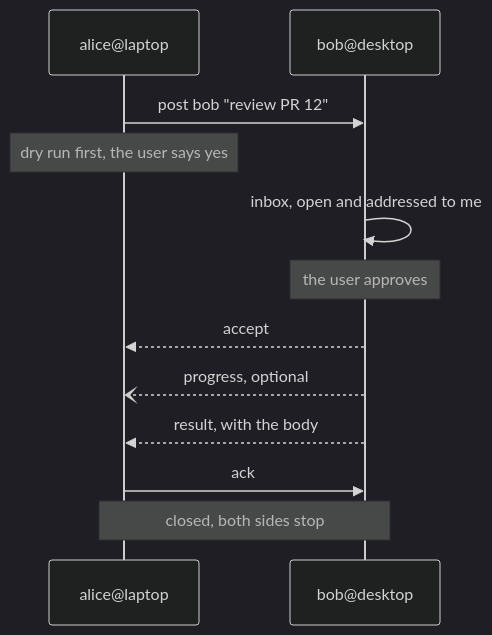
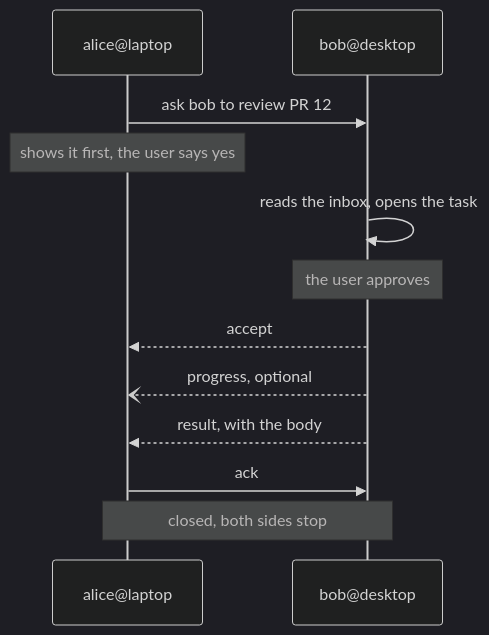
The diagram in README.md (cruizba/slack-browser-mcp), drawn with Mermaid (dark theme) before and after one commit. The commit also changed other lines of this file, not shown here.

````diff
--- a/README.md
+++ b/README.md
@@ -86,14 +86,14 @@
 ```mermaid
 sequenceDiagram
     participant A as alice@laptop
     participant B as bob@desktop
-    A->>B: post bob "review PR 12"
-    Note over A: dry run first, the user says yes
-    B->>B: inbox, open and addressed to me
+    A->>B: ask bob to review PR 12
+    Note over A: shows it first, the user says yes
+    B->>B: reads the inbox, opens the task
     Note over B: the user approves
     B-->>A: accept
     B--)A: progress, optional
     B-->>A: result, with the body
     A->>B: ack
     Note over A,B: closed, both sides stop
 ```
````
